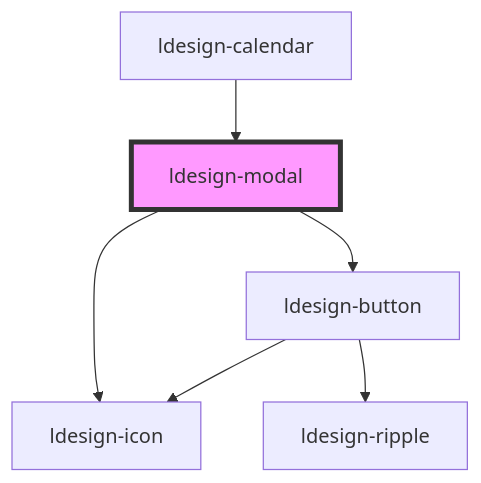
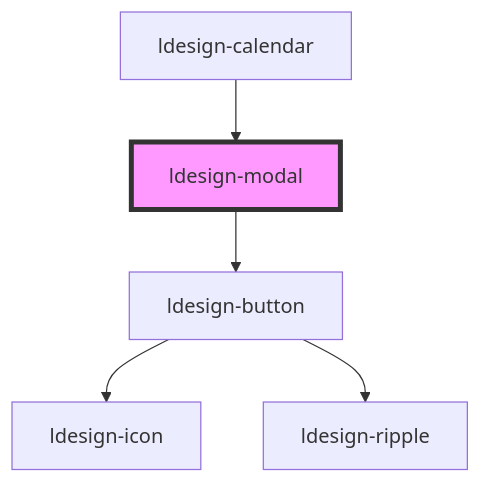
One commit to poly1603/ldesign changed the diagram in packages/webcomponent/src/components/modal/readme.md. Above: the diagram before and after it, drawn with Mermaid. The commit also changed other lines of this file and 119 other files, not shown here.

````diff
--- a/packages/webcomponent/src/components/modal/readme.md
+++ b/packages/webcomponent/src/components/modal/readme.md
@@ -181,9 +180,8 @@
 ```mermaid
 graph TD;
   ldesign-modal --> ldesign-button
-  ldesign-modal --> ldesign-icon
   ldesign-button --> ldesign-icon
   ldesign-button --> ldesign-ripple
   ldesign-calendar --> ldesign-modal
   style ldesign-modal fill:#f9f,stroke:#333,stroke-width:4px
 ```
````
